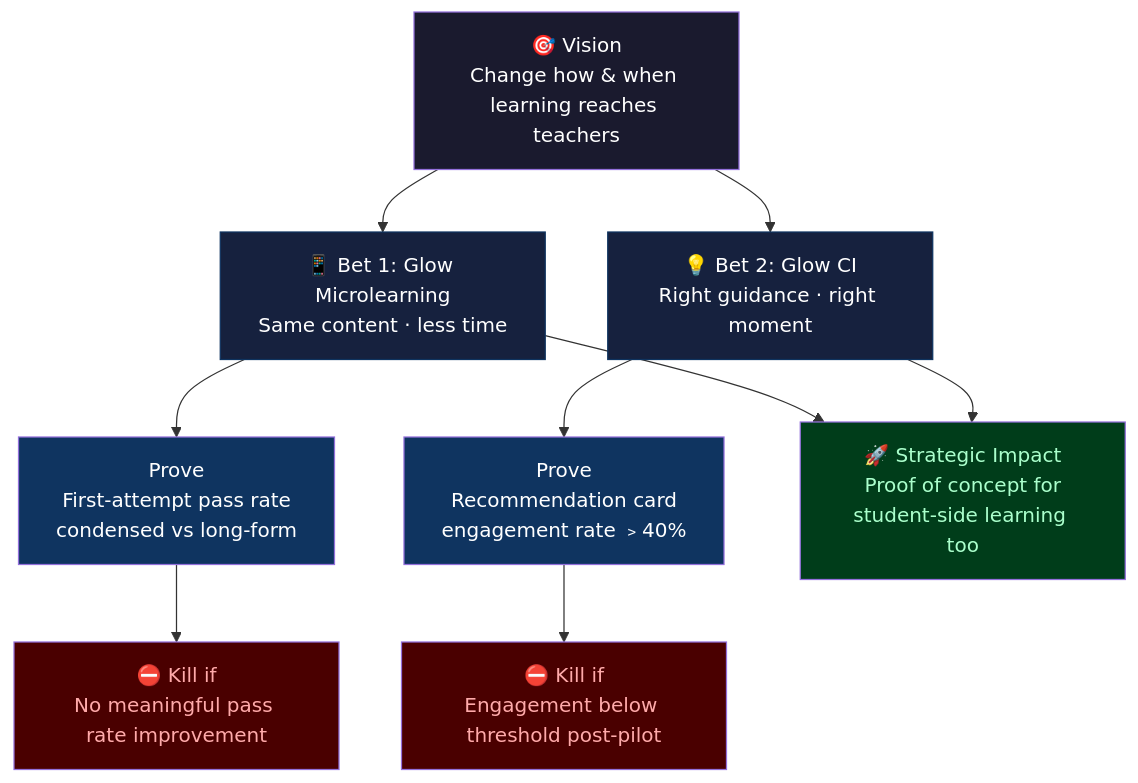
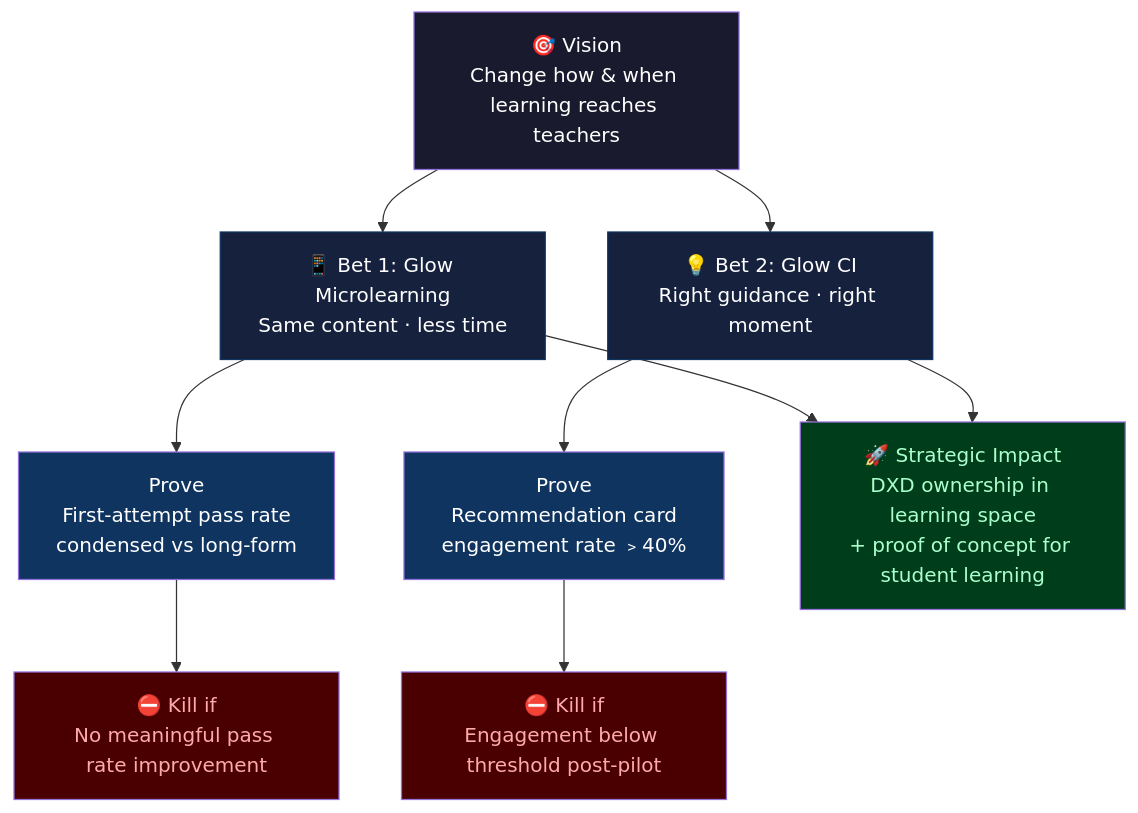
One commit to jasminetay-moe/Glow changed the diagram in Strategy/Glow Strategy.md. Above: the diagram before and after it, drawn with Mermaid. The commit also changed other lines of this file, not shown here.

Commit message:
Expand Strategic Impact to include DXD ownership positioning

````diff
--- a/Strategy/Glow Strategy.md
+++ b/Strategy/Glow Strategy.md
@@ -6,25 +6,25 @@
 ```mermaid
 graph TD
     V["🎯 Vision\nChange how & when learning reaches teachers"]
 
     V --> B1["📱 Bet 1: Glow Microlearning\nSame content · less time"]
     V --> B2["💡 Bet 2: Glow CI\nRight guidance · right moment"]
 
     B1 --> PR1["Prove\nFirst-attempt pass rate\ncondensed vs long-form"]
     B2 --> PR2["Prove\nRecommendation card\nengagement rate ﹥40%"]
 
     PR1 --> K1["⛔ Kill if\nNo meaningful pass rate improvement"]
     PR2 --> K2["⛔ Kill if\nEngagement below threshold post-pilot"]
 
-    B1 --> SI["🚀 Strategic Impact\nProof of concept for\nstudent-side learning too"]
+    B1 --> SI["🚀 Strategic Impact\nDXD ownership in learning space\n+ proof of concept for student learning"]
     B2 --> SI
 
     style V fill:#1a1a2e,color:#fff,stroke:#none
     style B1 fill:#16213e,color:#fff,stroke:#0f3460
     style B2 fill:#16213e,color:#fff,stroke:#0f3460
     style PR1 fill:#0f3460,color:#fff,stroke:#none
     style PR2 fill:#0f3460,color:#fff,stroke:#none
     style K1 fill:#4a0000,color:#ffaaaa,stroke:#none
     style K2 fill:#4a0000,color:#ffaaaa,stroke:#none
     style SI fill:#003d1a,color:#aaffcc,stroke:#none
 ```
````
